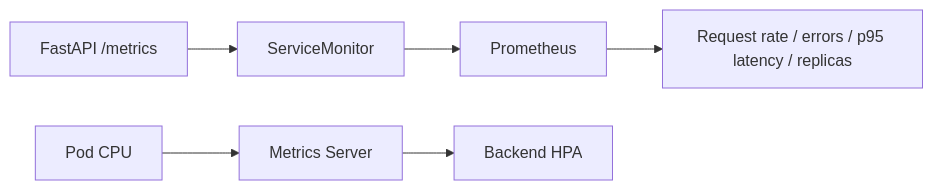
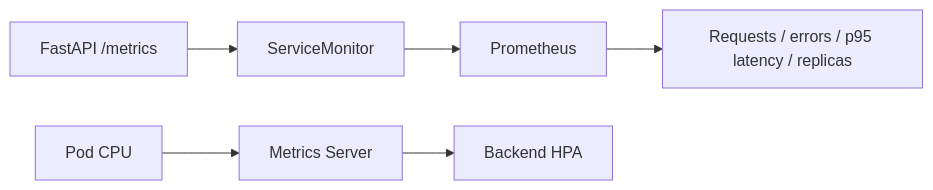
The diagram in monitoring/README.md (NoteLegend/devOps-TaskBoard), drawn with Mermaid before and after one commit. The commit also changed other lines of this file and 26 other files, not shown here.

````diff
--- a/monitoring/README.md
+++ b/monitoring/README.md
@@ -5,8 +13,8 @@
 ```mermaid
 flowchart LR
-  API[FastAPI /metrics] --> SM[ServiceMonitor]
-  SM --> Prometheus
-  Prometheus --> Grafana[Request rate / errors / p95 latency / replicas]
+  API[FastAPI /metrics] --> Monitor[ServiceMonitor]
+  Monitor --> Prometheus
+  Prometheus --> Grafana[Requests / errors / p95 latency / replicas]
   Pods[Pod CPU] --> Metrics[Metrics Server]
   Metrics --> HPA[Backend HPA]
 ```
````
